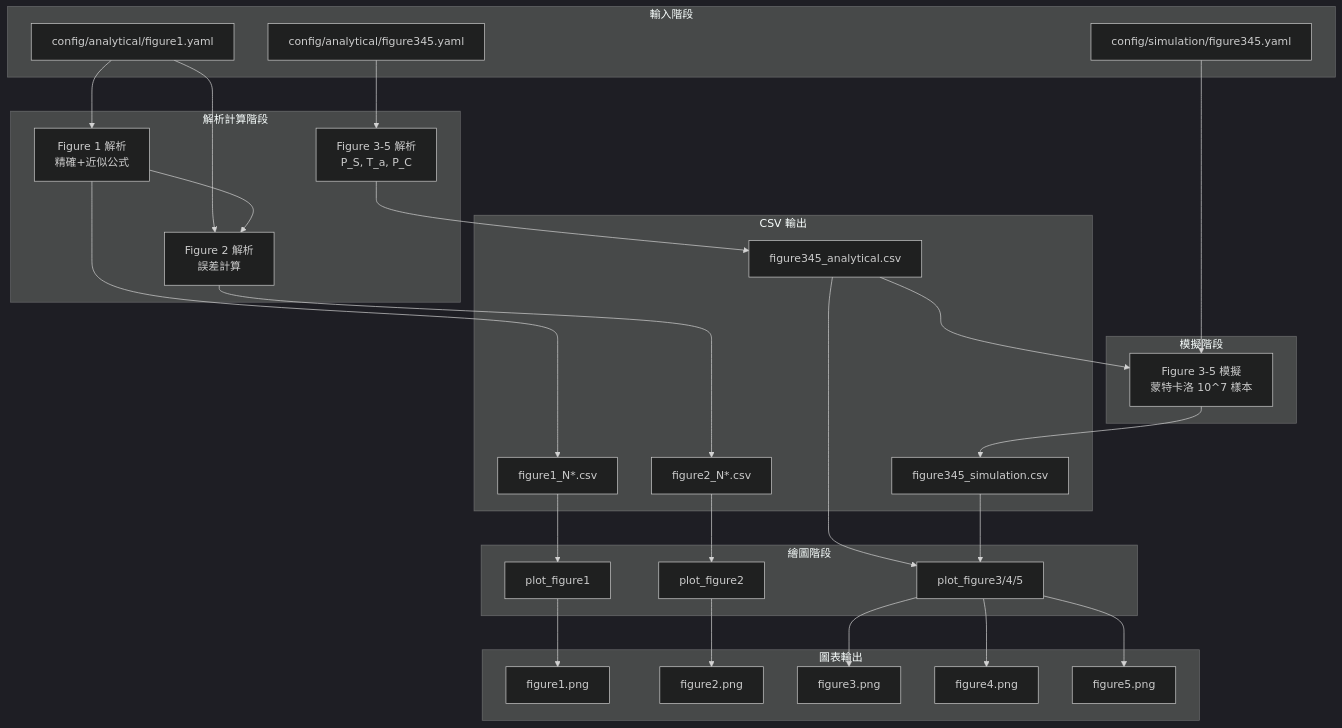
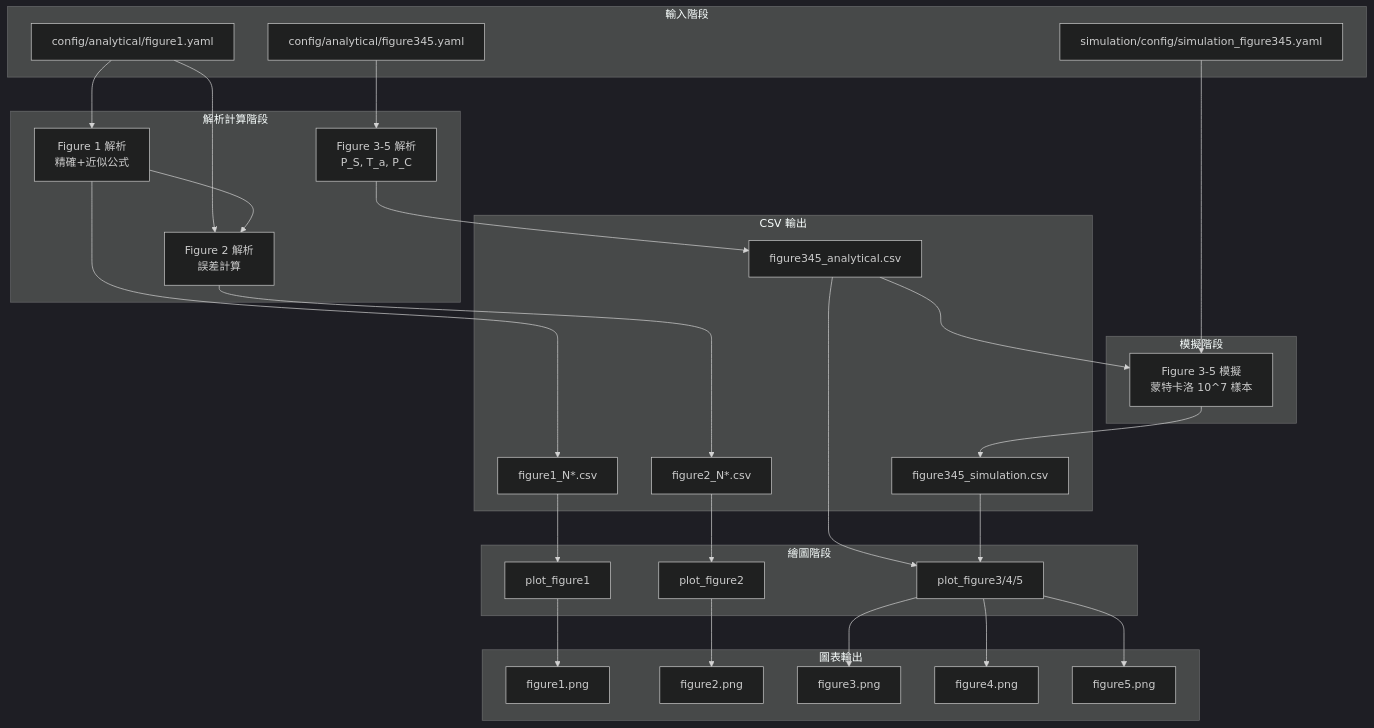
Before and after one commit to simonmkkk/FYP-1-One-Shot-Random-Access-New-Architecture: the fourth of 10 diagrams in README.md, drawn with Mermaid (dark theme). The commit also changed other lines of this file and 9 other files, not shown here.

Commit message:
refactor: cleanup duplicate simulation pipelines and unify config to paper params (N=5-45, 10^7 samples)

````diff
--- a/README.md
+++ b/README.md
@@ -557,63 +530,63 @@
 ```mermaid
 flowchart TB
     subgraph Input[輸入階段]
         YAML1[config/analytical/figure1.yaml]
         YAML345A[config/analytical/figure345.yaml]
-        YAML345S[config/simulation/figure345.yaml]
+        YAML345S[simulation/config/simulation_figure345.yaml]
     end
     
     subgraph Analytical[解析計算階段]
         Fig1Anal[Figure 1 解析<br/>精確+近似公式]
         Fig2Anal[Figure 2 解析<br/>誤差計算]
         Fig345Anal[Figure 3-5 解析<br/>P_S, T_a, P_C]
     end
     
     subgraph Simulation[模擬階段]
         Fig345Sim[Figure 3-5 模擬<br/>蒙特卡洛 10^7 樣本]
     end
     
     subgraph CSVOutput[CSV 輸出]
         CSV1[figure1_N*.csv]
         CSV2[figure2_N*.csv]
         CSV345A[figure345_analytical.csv]
         CSV345S[figure345_simulation.csv]
     end
     
     subgraph Plot[繪圖階段]
         Plot1[plot_figure1]
         Plot2[plot_figure2]
         Plot345[plot_figure3/4/5]
     end
     
     subgraph PNGOutput[圖表輸出]
         PNG1[figure1.png]
         PNG2[figure2.png]
         PNG3[figure3.png]
         PNG4[figure4.png]
         PNG5[figure5.png]
     end
     
     YAML1 --> Fig1Anal
     YAML1 --> Fig2Anal
     YAML345A --> Fig345Anal
     YAML345S --> Fig345Sim
     
     Fig1Anal --> CSV1
     Fig1Anal --> Fig2Anal
     Fig2Anal --> CSV2
     Fig345Anal --> CSV345A
     Fig345Sim --> CSV345S
     
     CSV345A --> Fig345Sim
     
     CSV1 --> Plot1
     CSV2 --> Plot2
     CSV345A --> Plot345
     CSV345S --> Plot345
     
     Plot1 --> PNG1
     Plot2 --> PNG2
     Plot345 --> PNG3
     Plot345 --> PNG4
     Plot345 --> PNG5
 ```
````
